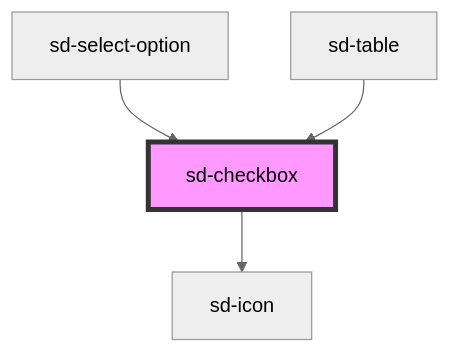
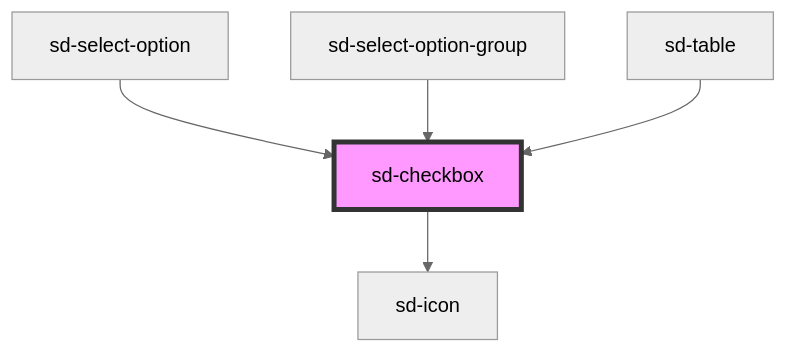
The diagram in packages/stencil/src/components/sd-checkbox/readme.md (bluehalu98/stencil-ui-kit), drawn with Mermaid (neutral theme) before and after one commit. The commit also changed other lines of this file and 13 other files, not shown here.

````diff
--- a/packages/stencil/src/components/sd-checkbox/readme.md
+++ b/packages/stencil/src/components/sd-checkbox/readme.md
@@ -38,7 +39,8 @@
 ```mermaid
 graph TD;
   sd-checkbox --> sd-icon
   sd-select-option --> sd-checkbox
+  sd-select-option-group --> sd-checkbox
   sd-table --> sd-checkbox
   style sd-checkbox fill:#f9f,stroke:#333,stroke-width:4px
 ```
````
